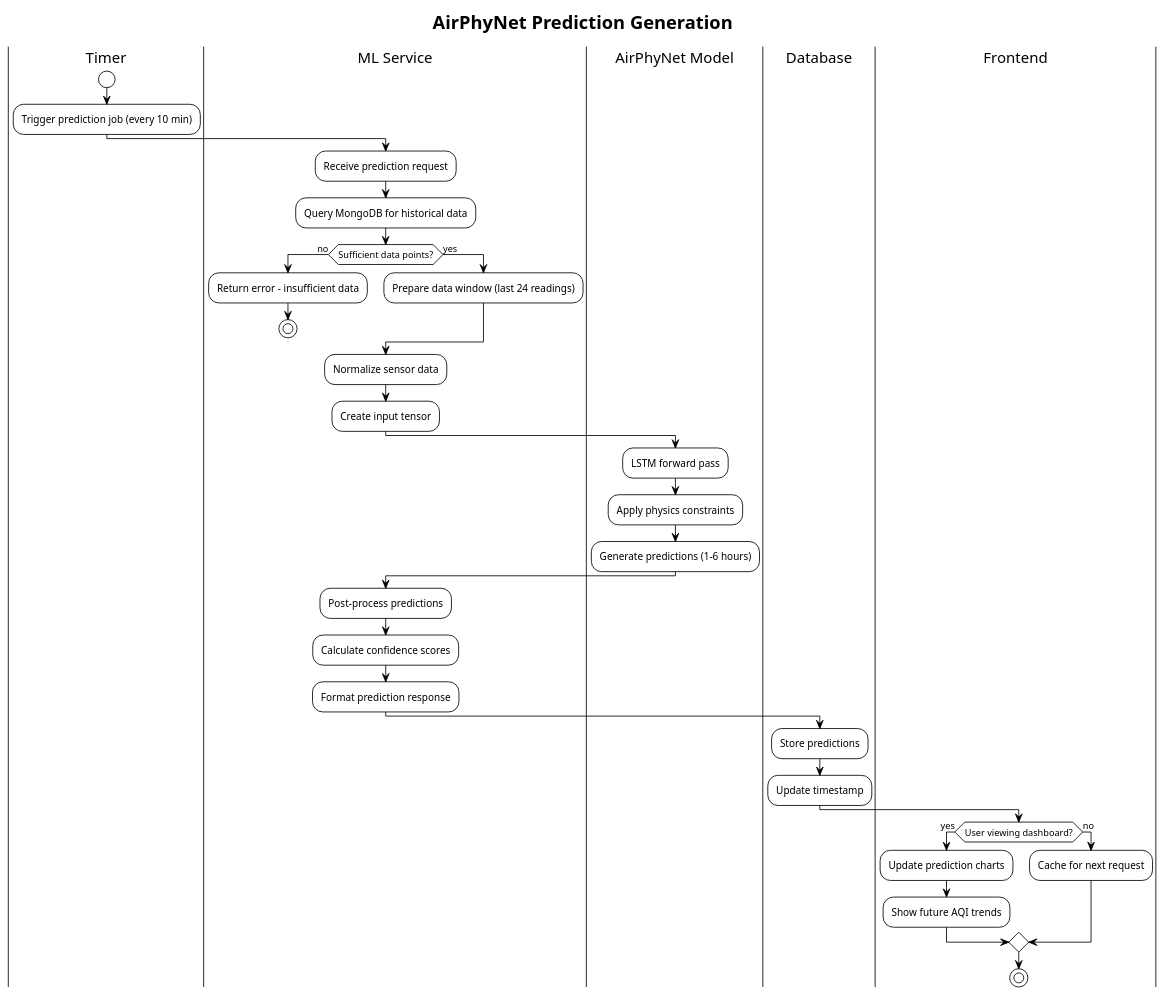
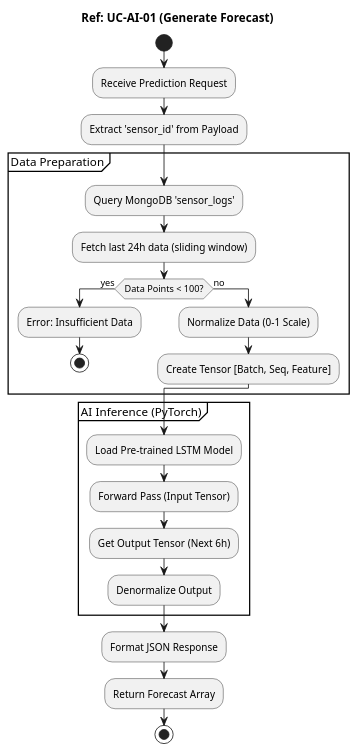
Before and after one commit to pratama404/breev: the diagram in docs/Architecture_Diagrams/activity-prediction.puml, drawn with PlantUML. The commit also changed 47 other files, not shown here.

```diff
--- a/docs/Architecture_Diagrams/activity-prediction.puml
+++ b/docs/Architecture_Diagrams/activity-prediction.puml
@@ -1,48 +1,31 @@
-@startuml Activity - ML Prediction Process
-!theme plain
+@startuml Activity - AI Prediction
+title Ref: UC-AI-01 (Generate Forecast)
 
-title AirPhyNet Prediction Generation
+start
+:Receive Prediction Request;
+:Extract 'sensor_id' from Payload;
 
-|Timer|
-start
-:Trigger prediction job (every 10 min);
+partition "Data Preparation" {
+    :Query MongoDB 'sensor_logs';
+    :Fetch last 24h data (sliding window);
+    if (Data Points < 100?) then (yes)
+        :Error: Insufficient Data;
+        stop
+    else (no)
+        :Normalize Data (0-1 Scale);
+        :Create Tensor [Batch, Seq, Feature];
+    endif
+}
 
-|ML Service|
-:Receive prediction request;
-:Query MongoDB for historical data;
+partition "AI Inference (PyTorch)" {
+    :Load Pre-trained LSTM Model;
+    :Forward Pass (Input Tensor);
+    :Get Output Tensor (Next 6h);
+    :Denormalize Output;
+}
 
-if (Sufficient data points?) then (no)
-  :Return error - insufficient data;
-  stop
-else (yes)
-  :Prepare data window (last 24 readings);
-endif
-
-:Normalize sensor data;
-:Create input tensor;
-
-|AirPhyNet Model|
-:LSTM forward pass;
-:Apply physics constraints;
-:Generate predictions (1-6 hours);
-
-|ML Service|
-:Post-process predictions;
-:Calculate confidence scores;
-:Format prediction response;
-
-|Database|
-:Store predictions;
-:Update timestamp;
-
-|Frontend|
-if (User viewing dashboard?) then (yes)
-  :Update prediction charts;
-  :Show future AQI trends;
-else (no)
-  :Cache for next request;
-endif
+:Format JSON Response;
+:Return Forecast Array;
 
 stop
-
 @enduml
```
